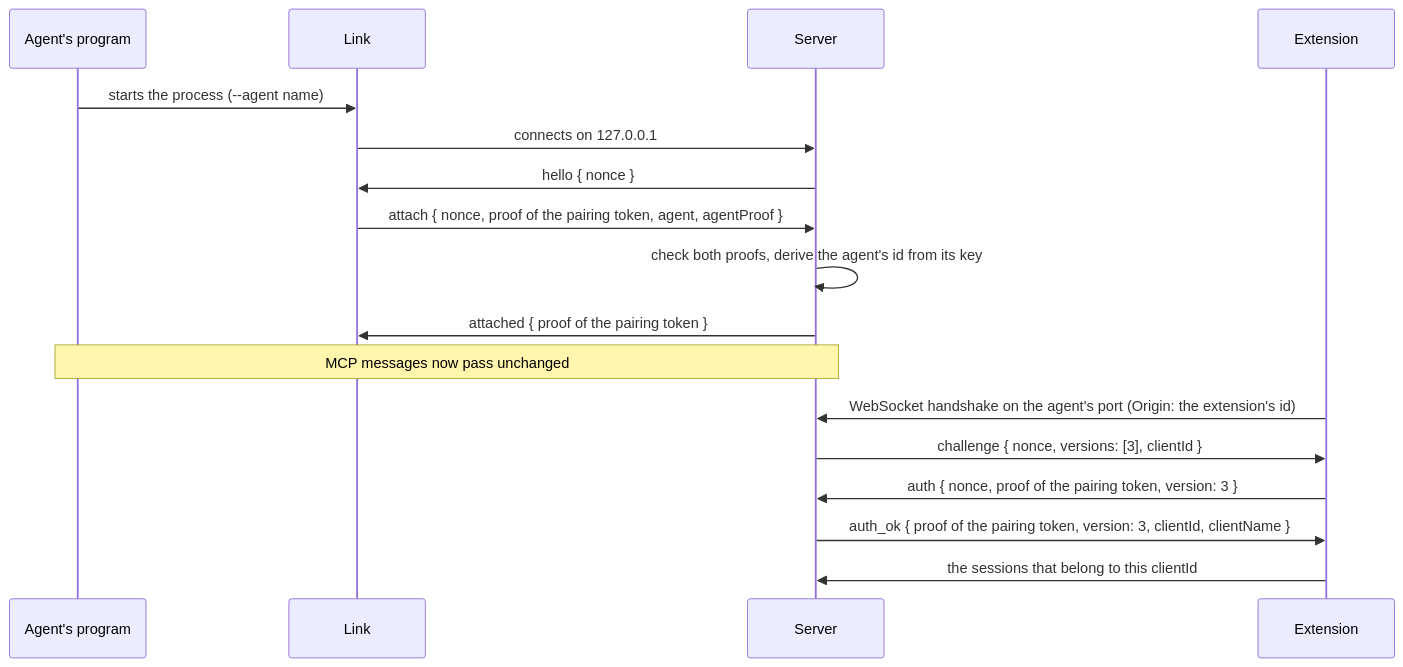
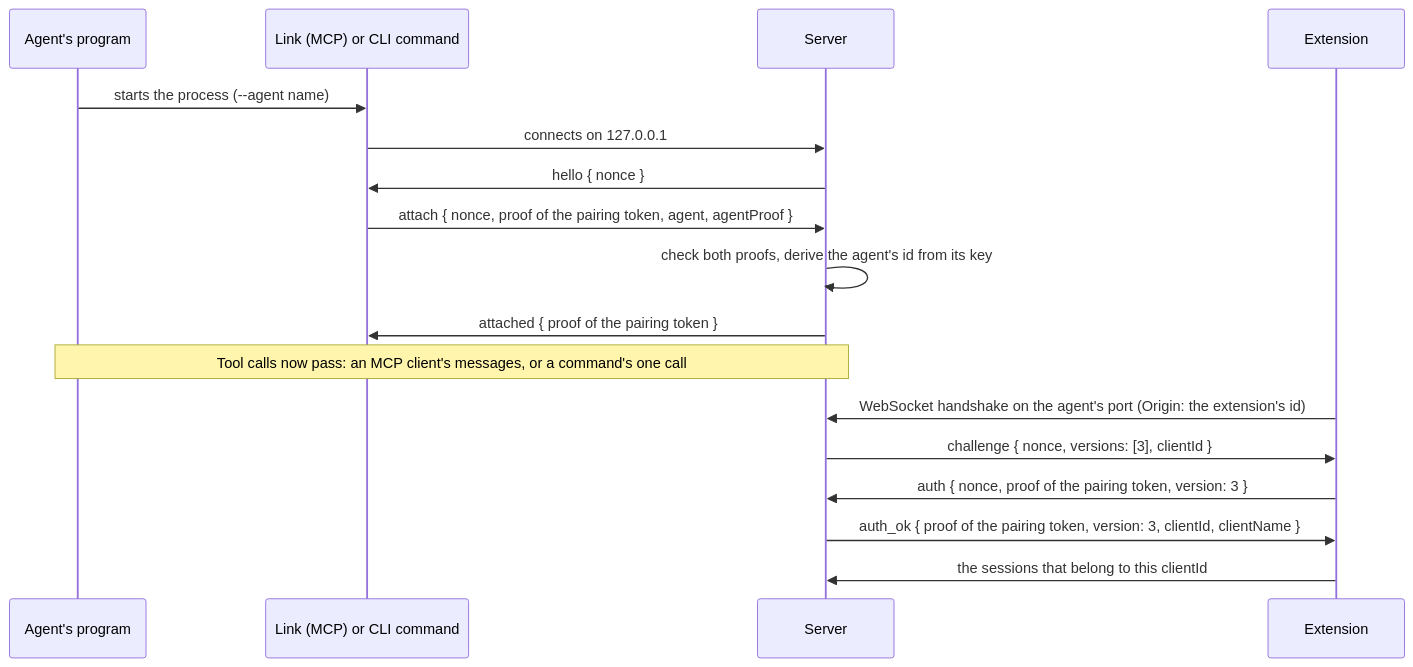
One commit to LaughingManCommits/TabGoblin changed the second of 7 diagrams in docs/architecture.md. Above: the diagram before and after it, drawn with Mermaid. The commit also changed other lines of this file and 16 other files, not shown here.

First line of the commit message:
The documentation presents a browser bridge with two interfaces, CLI and MCP

````diff
--- a/docs/architecture.md
+++ b/docs/architecture.md
@@ -131,19 +183,19 @@
 ```mermaid
 sequenceDiagram
   participant A as Agent's program
-  participant L as Link
+  participant L as Link (MCP) or CLI command
   participant S as Server
   participant E as Extension
   A->>L: starts the process (--agent name)
   L->>S: connects on 127.0.0.1
   S->>L: hello { nonce }
   L->>S: attach { nonce, proof of the pairing token, agent, agentProof }
   S->>S: check both proofs, derive the agent's id from its key
   S->>L: attached { proof of the pairing token }
-  Note over A,S: MCP messages now pass unchanged
+  Note over A,S: Tool calls now pass: an MCP client's messages, or a command's one call
   E->>S: WebSocket handshake on the agent's port (Origin: the extension's id)
   S->>E: challenge { nonce, versions: [3], clientId }
   E->>S: auth { nonce, proof of the pairing token, version: 3 }
   S->>E: auth_ok { proof of the pairing token, version: 3, clientId, clientName }
   E->>S: the sessions that belong to this clientId
 ```
````
